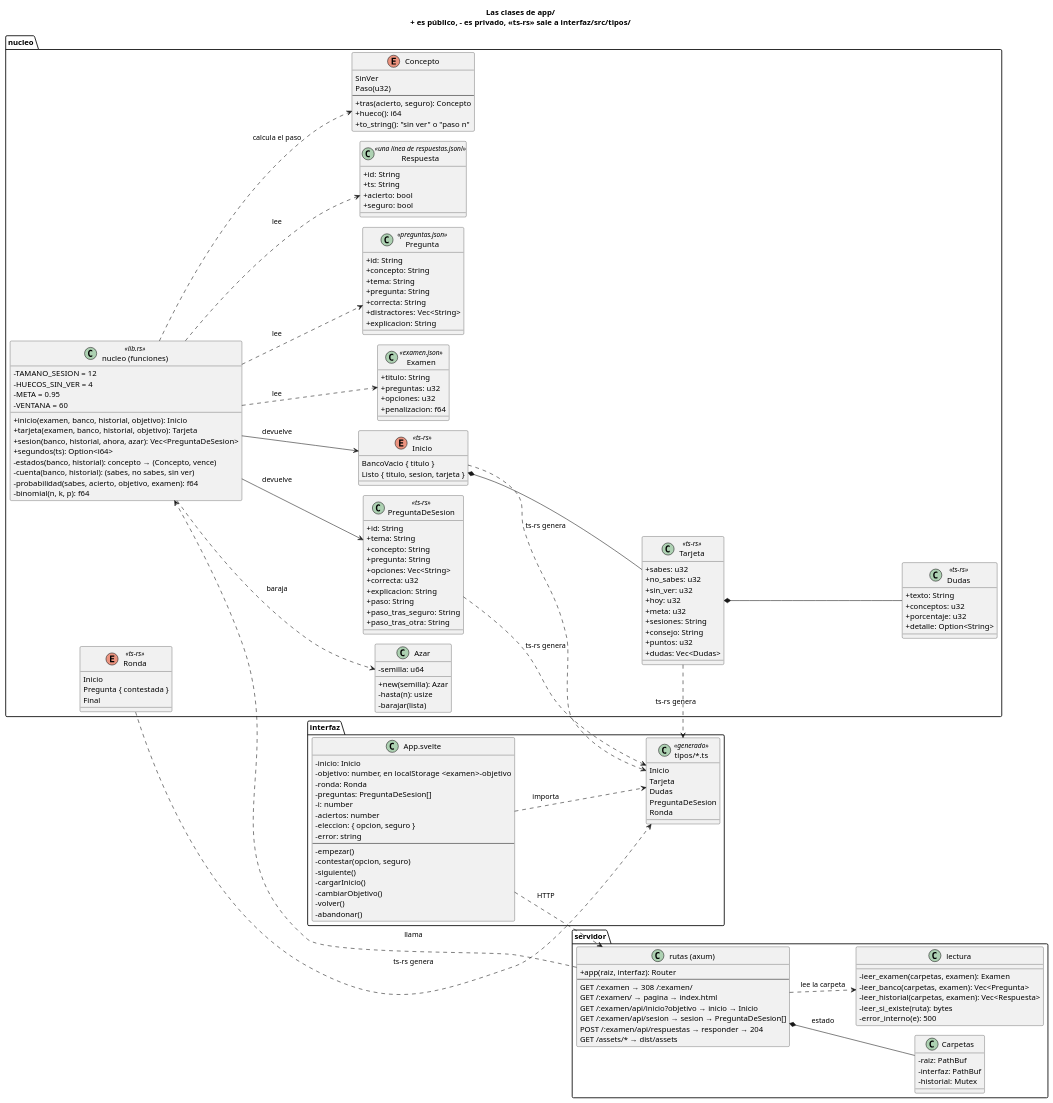
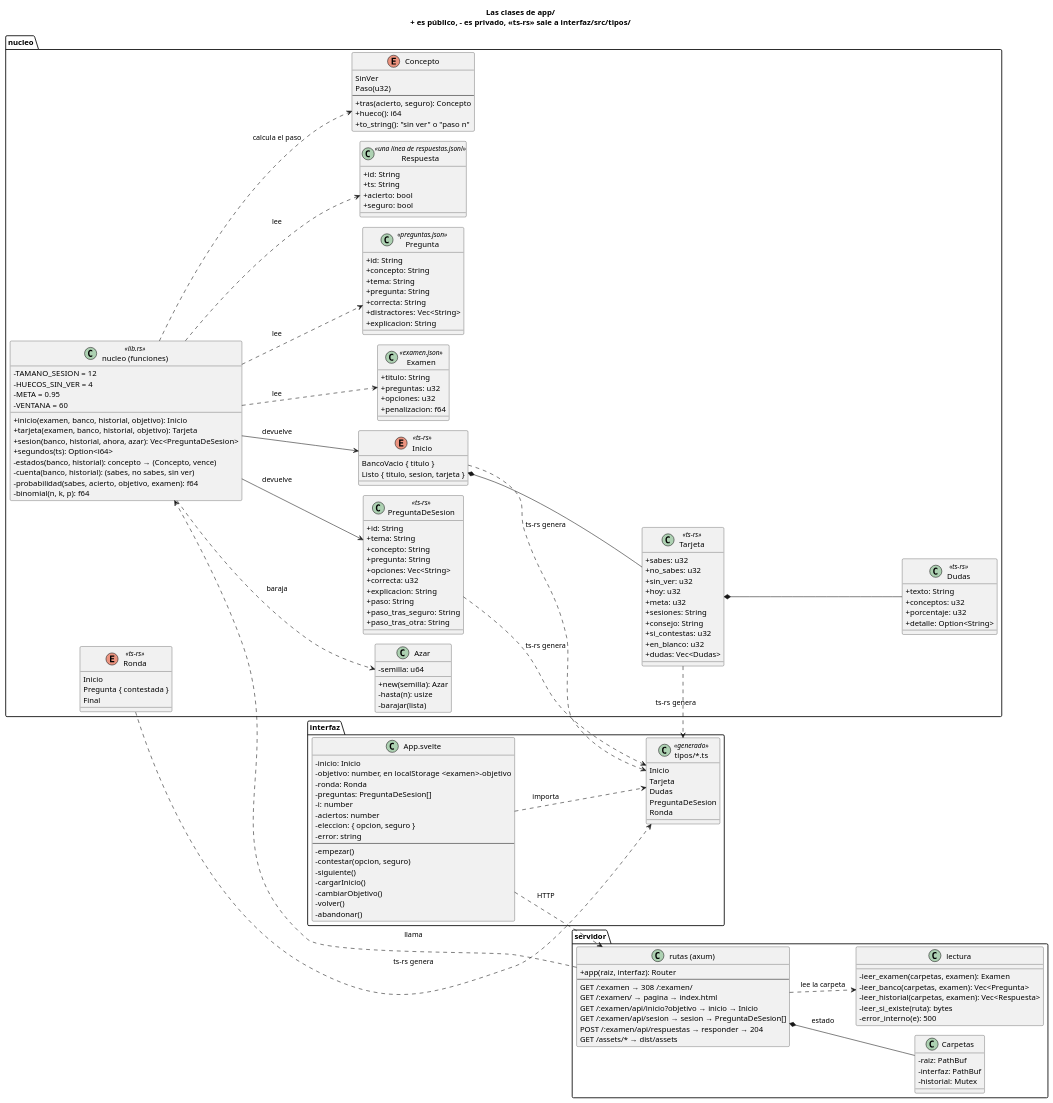
The first of 3 diagrams in docs/el-diagrama.puml (jfdg01/examenes), drawn with PlantUML before and after one commit.

Commit message:
docs: el diagrama da las 2 probabilidades del consejo de la tarjeta
Claude-Session: https://claude.ai/code/session_01H2CpDhbgy9yBNFceBy5SeG

```diff
--- a/docs/el-diagrama.puml
+++ b/docs/el-diagrama.puml
@@ -6,169 +6,170 @@
 @startuml las-clases
 !pragma layout smetana
 skinparam classAttributeIconSize 0
 skinparam shadowing false
 title Las clases de app/\n+ es público, - es privado, <<ts-rs>> sale a interfaz/src/tipos/
 left to right direction
 
 package nucleo {
   class Examen <<examen.json>> {
     +titulo: String
     +preguntas: u32
     +opciones: u32
     +penalizacion: f64
   }
   class Pregunta <<preguntas.json>> {
     +id: String
     +concepto: String
     +tema: String
     +pregunta: String
     +correcta: String
     +distractores: Vec<String>
     +explicacion: String
   }
   class Respuesta <<una línea de respuestas.jsonl>> {
     +id: String
     +ts: String
     +acierto: bool
     +seguro: bool
   }
   enum Concepto {
     SinVer
     Paso(u32)
     --
     +tras(acierto, seguro): Concepto
     +hueco(): i64
     +to_string(): "sin ver" o "paso n"
   }
   class Azar {
     -semilla: u64
     +new(semilla): Azar
     -hasta(n): usize
     -barajar(lista)
   }
   enum Inicio <<ts-rs>> {
     BancoVacio { titulo }
     Listo { titulo, sesion, tarjeta }
   }
   class Tarjeta <<ts-rs>> {
     +sabes: u32
     +no_sabes: u32
     +sin_ver: u32
     +hoy: u32
     +meta: u32
     +sesiones: String
     +consejo: String
-    +puntos: u32
+    +si_contestas: u32
+    +en_blanco: u32
     +dudas: Vec<Dudas>
   }
   class Dudas <<ts-rs>> {
     +texto: String
     +conceptos: u32
     +porcentaje: u32
     +detalle: Option<String>
   }
   class PreguntaDeSesion <<ts-rs>> {
     +id: String
     +tema: String
     +concepto: String
     +pregunta: String
     +opciones: Vec<String>
     +correcta: u32
     +explicacion: String
     +paso: String
     +paso_tras_seguro: String
     +paso_tras_otra: String
   }
   enum Ronda <<ts-rs>> {
     Inicio
     Pregunta { contestada }
     Final
   }
   class "nucleo (funciones)" as funciones <<lib.rs>> {
     -TAMANO_SESION = 12
     -HUECOS_SIN_VER = 4
     -META = 0.95
     -VENTANA = 60
     +inicio(examen, banco, historial, objetivo): Inicio
     +tarjeta(examen, banco, historial, objetivo): Tarjeta
     +sesion(banco, historial, ahora, azar): Vec<PreguntaDeSesion>
     +segundos(ts): Option<i64>
     -estados(banco, historial): concepto → (Concepto, vence)
     -cuenta(banco, historial): (sabes, no sabes, sin ver)
     -probabilidad(sabes, acierto, objetivo, examen): f64
     -binomial(n, k, p): f64
   }
 }
 
 package servidor {
   class Carpetas {
     -raiz: PathBuf
     -interfaz: PathBuf
     -historial: Mutex
   }
   class "rutas (axum)" as rutas {
     +app(raiz, interfaz): Router
     --
     GET /:examen → 308 /:examen/
     GET /:examen/ → pagina → index.html
     GET /:examen/api/inicio?objetivo → inicio → Inicio
     GET /:examen/api/sesion → sesion → PreguntaDeSesion[]
     POST /:examen/api/respuestas → responder → 204
     GET /assets/* → dist/assets
   }
   class "lectura" as lectura {
     -leer_examen(carpetas, examen): Examen
     -leer_banco(carpetas, examen): Vec<Pregunta>
     -leer_historial(carpetas, examen): Vec<Respuesta>
     -leer_si_existe(ruta): bytes
     -error_interno(e): 500
   }
 }
 
 package interfaz {
   class "App.svelte" as App {
     -inicio: Inicio
     -objetivo: number, en localStorage <examen>-objetivo
     -ronda: Ronda
     -preguntas: PreguntaDeSesion[]
     -i: number
     -aciertos: number
     -eleccion: { opcion, seguro }
     -error: string
     --
     -empezar()
     -contestar(opcion, seguro)
     -siguiente()
     -cargarInicio()
     -cambiarObjetivo()
     -volver()
     -abandonar()
   }
   class "tipos/*.ts" as tipos <<generado>> {
     Inicio
     Tarjeta
     Dudas
     PreguntaDeSesion
     Ronda
   }
 }
 
 funciones ..> Examen : lee
 funciones ..> Pregunta : lee
 funciones ..> Respuesta : lee
 funciones ..> Concepto : calcula el paso
 funciones ..> Azar : baraja
 funciones --> Inicio : devuelve
 Inicio *-- Tarjeta
 Tarjeta *-- Dudas
 funciones --> PreguntaDeSesion : devuelve
 rutas *-- Carpetas : estado
 rutas ..> lectura : lee la carpeta
 rutas ..> funciones : llama
 Inicio ..> tipos : ts-rs genera
 Tarjeta ..> tipos : ts-rs genera
 PreguntaDeSesion ..> tipos : ts-rs genera
 Ronda ..> tipos : ts-rs genera
 App ..> tipos : importa
 App ..> rutas : HTTP
 @enduml
```
